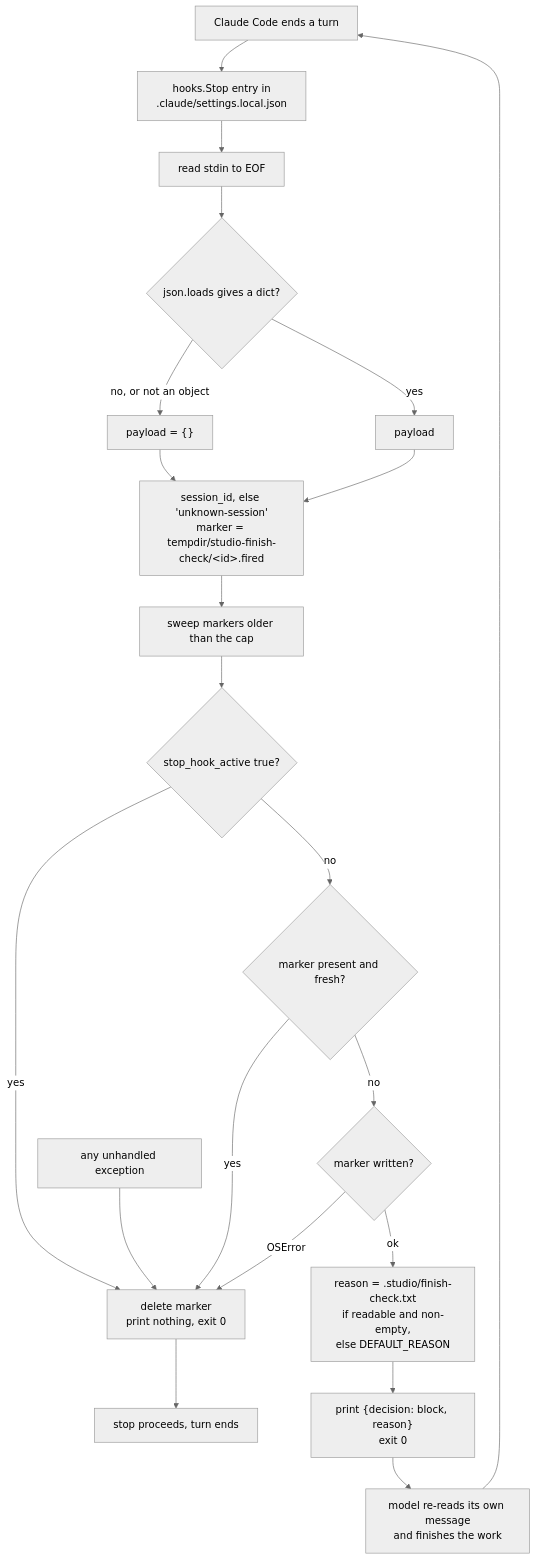
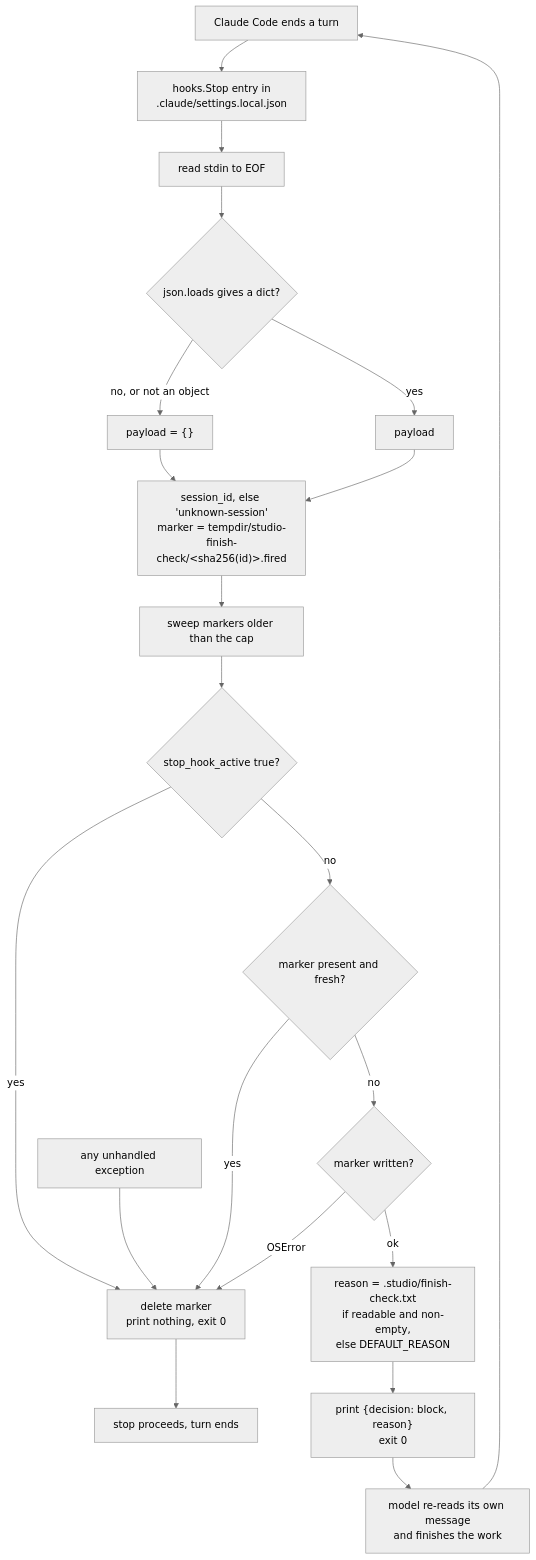
Before and after one commit to eladrianovalle/TheStudio: the diagram in specs/shipped-finish-check.md, drawn with Mermaid (neutral theme). The commit also changed other lines of this file, not shown here.

First line of the commit message:
Spec: hash the finish-check marker filename

````diff
--- a/specs/shipped-finish-check.md
+++ b/specs/shipped-finish-check.md
@@ -43,23 +43,23 @@
 ```mermaid
 flowchart TD
     STOP[Claude Code ends a turn] --> ENTRY["hooks.Stop entry in<br/>.claude/settings.local.json"]
     ENTRY --> READ[read stdin to EOF]
     READ --> PARSE{"json.loads gives a dict?"}
     PARSE -- "no, or not an object" --> EMPTY["payload = {}"]
     PARSE -- yes --> OK[payload]
     EMPTY --> KEY
-    OK --> KEY["session_id, else 'unknown-session'<br/>marker = tempdir/studio-finish-check/&lt;id&gt;.fired"]
+    OK --> KEY["session_id, else 'unknown-session'<br/>marker = tempdir/studio-finish-check/&lt;sha256(id)&gt;.fired"]
     KEY --> SWEEP[sweep markers older than the cap]
     SWEEP --> ACTIVE{"stop_hook_active true?"}
     ACTIVE -- yes --> ALLOW
     ACTIVE -- no --> FIRED{"marker present and fresh?"}
     FIRED -- yes --> ALLOW["delete marker<br/>print nothing, exit 0"]
     FIRED -- no --> WRITE{"marker written?"}
     WRITE -- "OSError" --> ALLOW
     WRITE -- ok --> TEXT["reason = .studio/finish-check.txt<br/>if readable and non-empty,<br/>else DEFAULT_REASON"]
     TEXT --> BLOCK["print {decision: block, reason}<br/>exit 0"]
     ALLOW --> END[stop proceeds, turn ends]
     BLOCK --> REREAD[model re-reads its own message<br/>and finishes the work]
     REREAD --> STOP
     ERR[any unhandled exception] --> ALLOW
 ```
````
